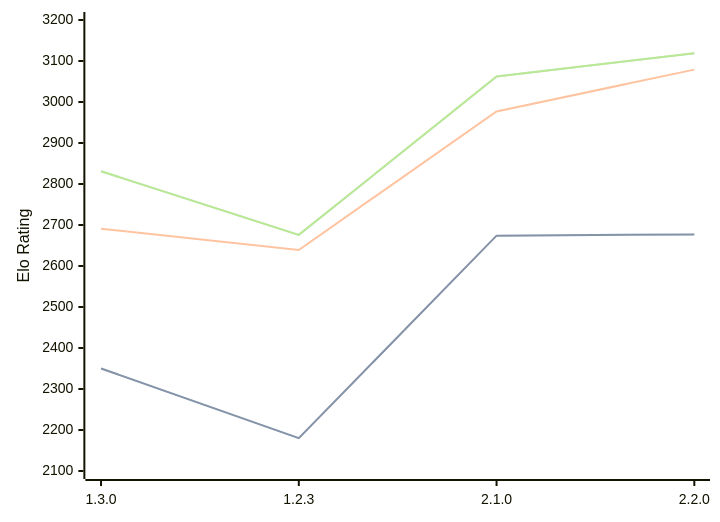
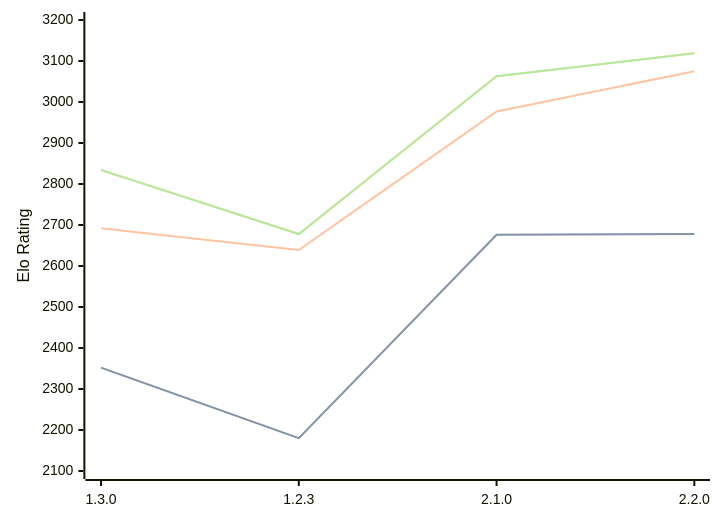
Before and after one commit to computer-chess-index/cci: the third of 3 diagrams in engines/Aspen.md, drawn with Mermaid. The commit also changed other lines of this file, not shown here.

Commit message:
Update CCI Ratings (ELO VLTC) - 2026-06-30

````diff
--- a/engines/Aspen.md
+++ b/engines/Aspen.md
@@ -76,11 +76,11 @@
 ```mermaid
 %%{init: {"theme":"base","themeVariables":{"seriesColors:['#a3a3a3','#222221','#faa371']}}}%%
 xychart-beta
   x-axis ["1.3.0", "1.2.3", "2.1.0", "2.2.0"]
   y-axis "Elo Rating" 2100 --> 3200
-  line "STC (8.0+0.08s)" [2350, 2180, 2674, 2677]
-  line "STC (8.0+0.08s)" [2350, 2180, 2674, 2677]
-  line "LTC (60.0+0.60s)" [2691, 2639, 2977, 3079]
-  line "VLTC (2m24s+1.12s)" [2831, 2676, 3062, 3119]
-  line "VLTC (2m24s+1.12s)" [2831, 2676, 3062, 3119]
+  line "STC (8.0+0.08s)" [2352, 2180, 2676, 2678]
+  line "STC (8.0+0.08s)" [2352, 2180, 2676, 2678]
+  line "LTC (60.0+0.60s)" [2692, 2639, 2977, 3075]
+  line "VLTC (2m24s+1.12s)" [2834, 2678, 3063, 3119]
+  line "VLTC (2m24s+1.12s)" [2834, 2678, 3063, 3119]
 ```
````
